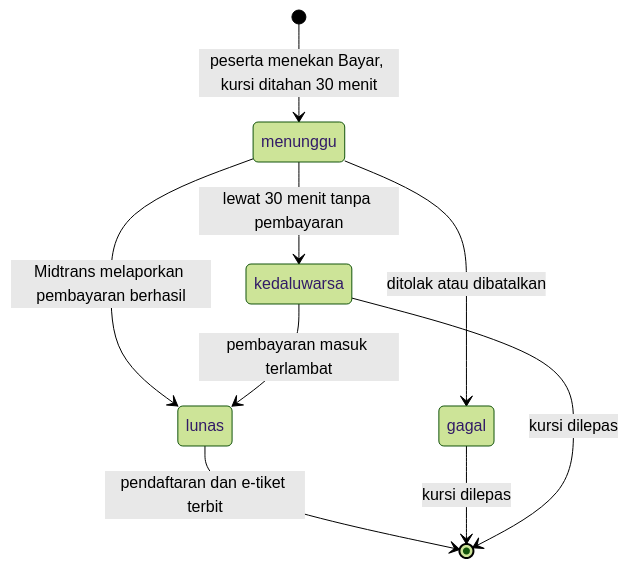
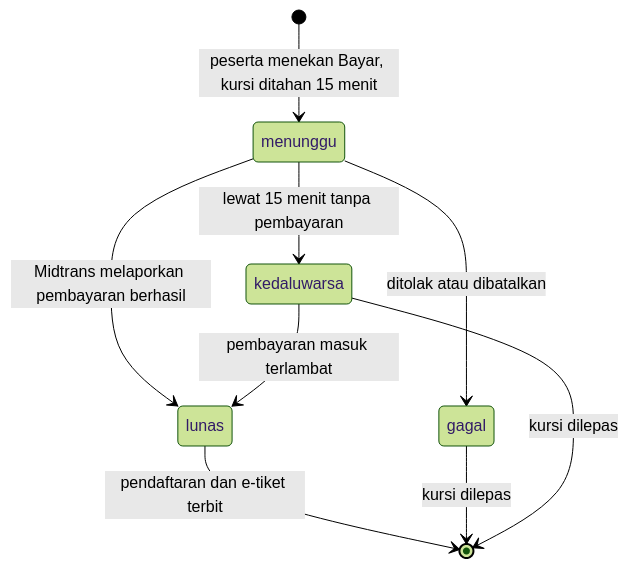
The diagram in docs/project-definition.md (RifqiPermanaPutra/KampusHub), drawn with Mermaid (forest theme) before and after one commit. The commit also changed other lines of this file and 6 other files, not shown here.

First line of the commit message:
Persingkat batas bayar menjadi 15 menit dan tambah hitung mundur

````diff
--- a/docs/project-definition.md
+++ b/docs/project-definition.md
@@ -237,11 +237,11 @@
 ```mermaid
 stateDiagram-v2
-    [*] --> menunggu: peserta menekan Bayar, kursi ditahan 30 menit
+    [*] --> menunggu: peserta menekan Bayar, kursi ditahan 15 menit
     menunggu --> lunas: Midtrans melaporkan pembayaran berhasil
     menunggu --> gagal: ditolak atau dibatalkan
-    menunggu --> kedaluwarsa: lewat 30 menit tanpa pembayaran
+    menunggu --> kedaluwarsa: lewat 15 menit tanpa pembayaran
     kedaluwarsa --> lunas: pembayaran masuk terlambat
     lunas --> [*]: pendaftaran dan e-tiket terbit
     gagal --> [*]: kursi dilepas
     kedaluwarsa --> [*]: kursi dilepas
 ```
````
